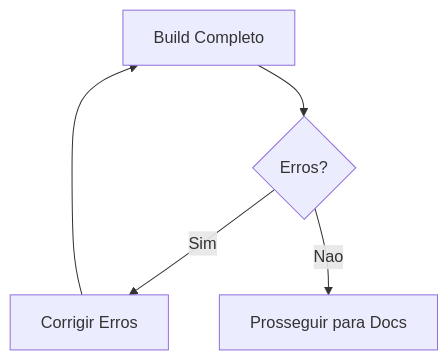
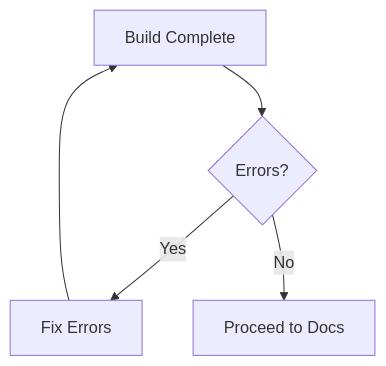
One commit to CyryxLabs/AEXOS changed the fifth of 7 diagrams in docs/aexos-workflows/design-system-build-quality-workflow.md. Above: the diagram before and after it, drawn with Mermaid. The commit also changed other lines of this file and 528 other files, not shown here.

````diff
--- a/docs/aexos-workflows/design-system-build-quality-workflow.md
+++ b/docs/aexos-workflows/design-system-build-quality-workflow.md
@@ -539,7 +539,7 @@
 ```mermaid
 graph TD
-    BUILD[Build Completo] --> CHECK{Erros?}
-    CHECK -->|Sim| FIX[Corrigir Erros]
-    CHECK -->|Nao| PROCEED[Prosseguir para Docs]
+    BUILD[Build Complete] --> CHECK{Errors?}
+    CHECK -->|Yes| FIX[Fix Errors]
+    CHECK -->|No| PROCEED[Proceed to Docs]
     FIX --> BUILD
 ```
````
